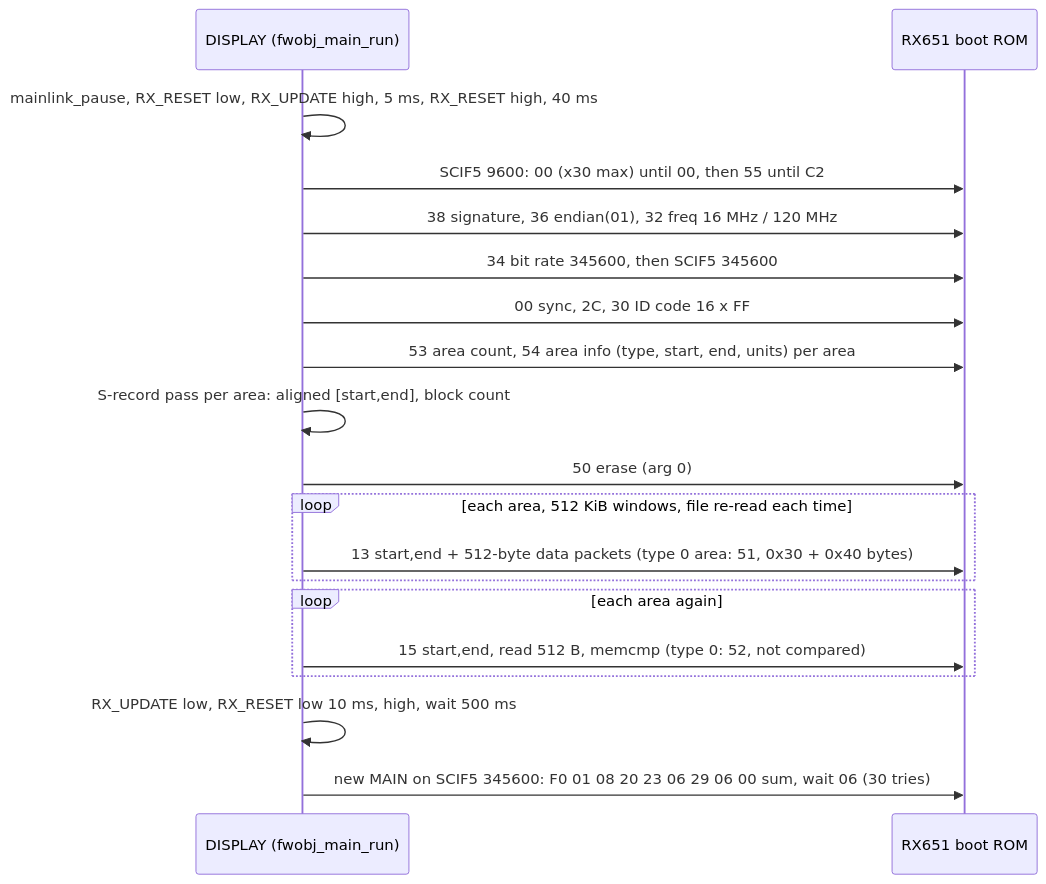
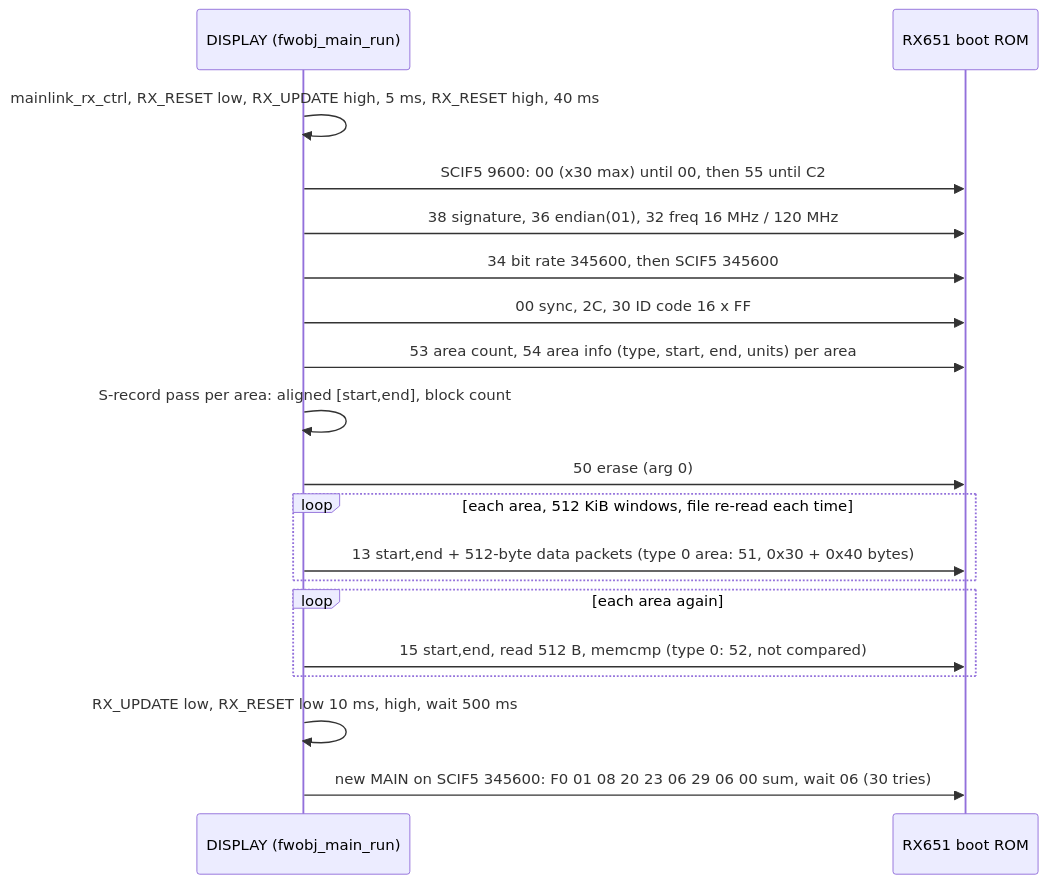
The second of 5 diagrams in docs/code/display/update.md (Reid-n0rc/FT-710_Firmware), drawn with Mermaid before and after one commit. The commit also changed other lines of this file and 29 other files, not shown here.

````diff
--- a/docs/code/display/update.md
+++ b/docs/code/display/update.md
@@ -121,21 +120,21 @@
 ```mermaid
 sequenceDiagram
   participant D as DISPLAY (fwobj_main_run)
   participant M as RX651 boot ROM
-  D->>D: mainlink_pause, RX_RESET low, RX_UPDATE high, 5 ms, RX_RESET high, 40 ms
+  D->>D: mainlink_rx_ctrl, RX_RESET low, RX_UPDATE high, 5 ms, RX_RESET high, 40 ms
   D->>M: SCIF5 9600: 00 (x30 max) until 00, then 55 until C2
   D->>M: 38 signature, 36 endian(01), 32 freq 16 MHz / 120 MHz
   D->>M: 34 bit rate 345600, then SCIF5 345600
   D->>M: 00 sync, 2C, 30 ID code 16 x FF
   D->>M: 53 area count, 54 area info (type, start, end, units) per area
   D->>D: S-record pass per area: aligned [start,end], block count
   D->>M: 50 erase (arg 0)
   loop each area, 512 KiB windows, file re-read each time
     D->>M: 13 start,end + 512-byte data packets (type 0 area: 51, 0x30 + 0x40 bytes)
   end
   loop each area again
     D->>M: 15 start,end, read 512 B, memcmp (type 0: 52, not compared)
   end
   D->>D: RX_UPDATE low, RX_RESET low 10 ms, high, wait 500 ms
   D->>M: new MAIN on SCIF5 345600: F0 01 08 20 23 06 29 06 00 sum, wait 06 (30 tries)
 ```
````
